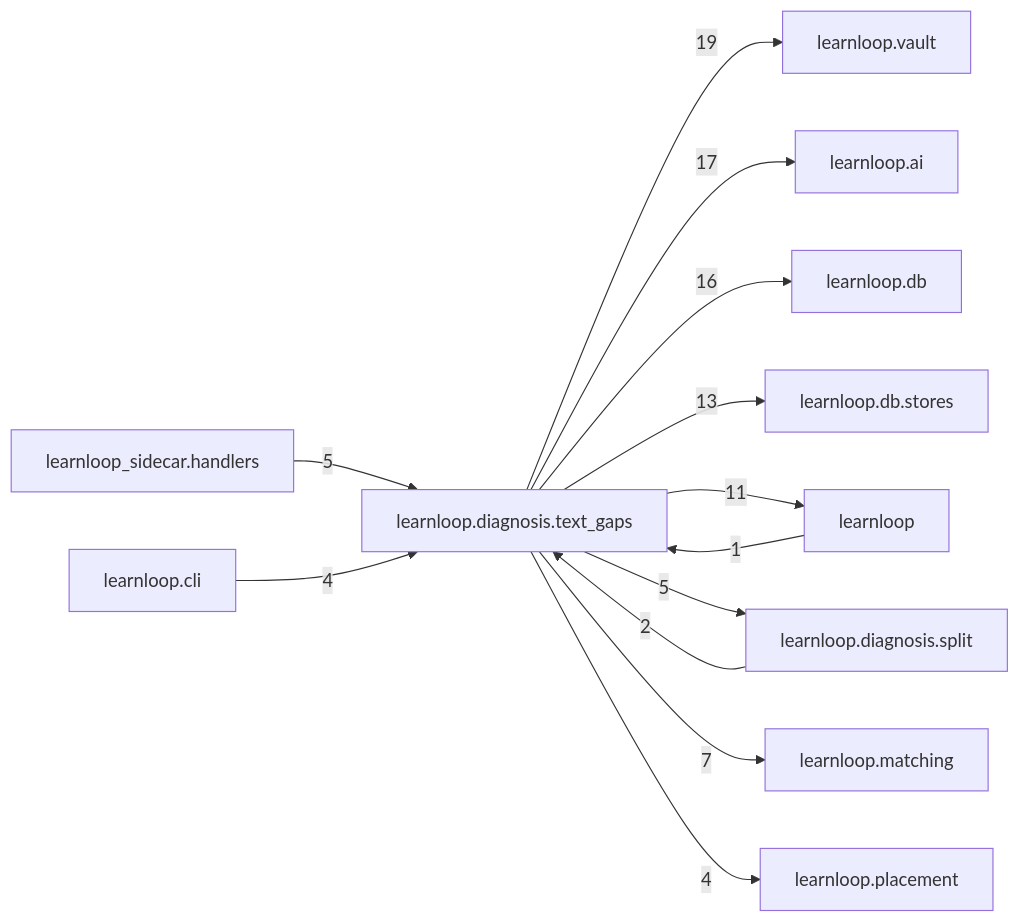
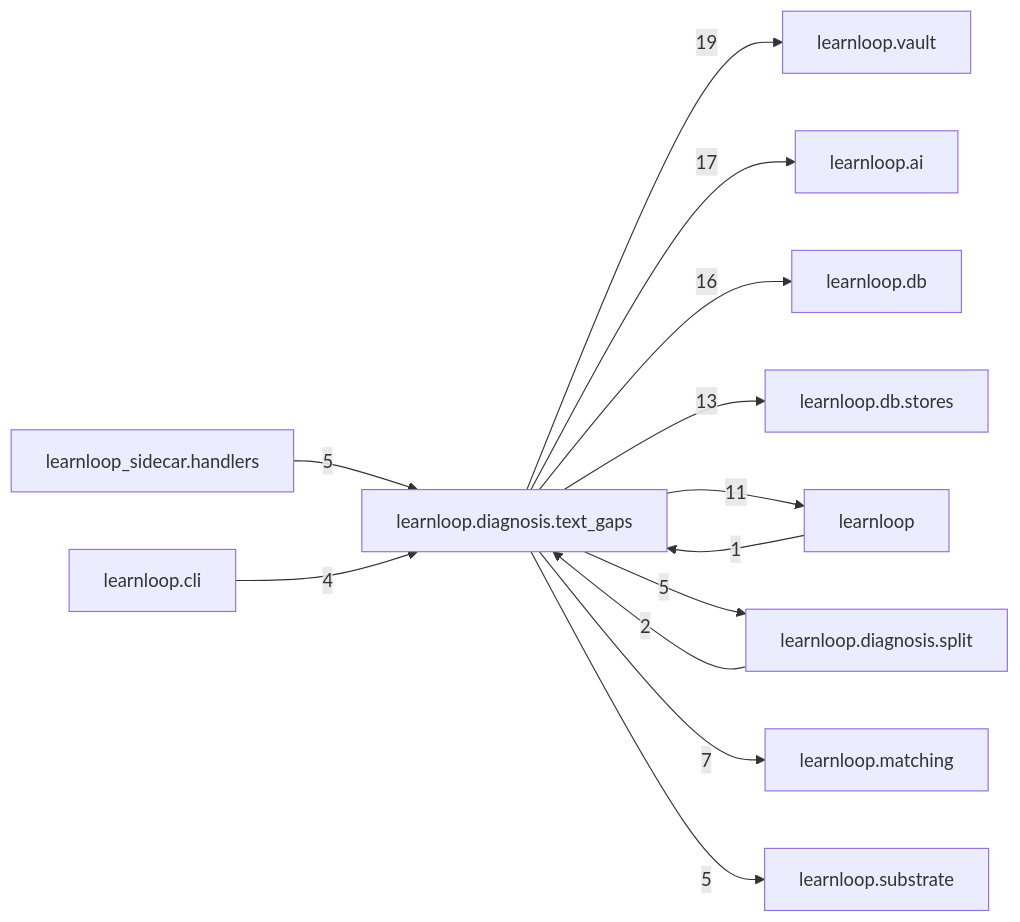
One commit to 6up-b/learnanything changed the diagram in docs/learnloop-architecture-vault/Reference/Modules/learnloop/diagnosis/text_gaps/_package.md. Above: the diagram before and after it, drawn with Mermaid. The commit also changed other lines of this file and 122 other files, not shown here.

````diff
--- a/docs/learnloop-architecture-vault/Reference/Modules/learnloop/diagnosis/text_gaps/_package.md
+++ b/docs/learnloop-architecture-vault/Reference/Modules/learnloop/diagnosis/text_gaps/_package.md
@@ -114,26 +114,26 @@
 ```mermaid
 flowchart LR
     center["learnloop.diagnosis.text_gaps"]
     n_learnloop_vault["learnloop.vault"]
     n_learnloop_ai["learnloop.ai"]
     n_learnloop_db["learnloop.db"]
     n_learnloop_db_stores["learnloop.db.stores"]
     n_learnloop["learnloop"]
     n_learnloop_diagnosis_split["learnloop.diagnosis.split"]
     n_learnloop_matching["learnloop.matching"]
+    n_learnloop_substrate["learnloop.substrate"]
     n_learnloop_sidecar_handlers["learnloop_sidecar.handlers"]
     n_learnloop_cli["learnloop.cli"]
-    n_learnloop_placement["learnloop.placement"]
     center -->|19| n_learnloop_vault
     center -->|17| n_learnloop_ai
     center -->|16| n_learnloop_db
     center -->|13| n_learnloop_db_stores
     n_learnloop -->|1| center
     center -->|11| n_learnloop
     n_learnloop_diagnosis_split -->|2| center
     center -->|5| n_learnloop_diagnosis_split
     center -->|7| n_learnloop_matching
+    center -->|5| n_learnloop_substrate
     n_learnloop_sidecar_handlers -->|5| center
     n_learnloop_cli -->|4| center
-    center -->|4| n_learnloop_placement
 ```
````
